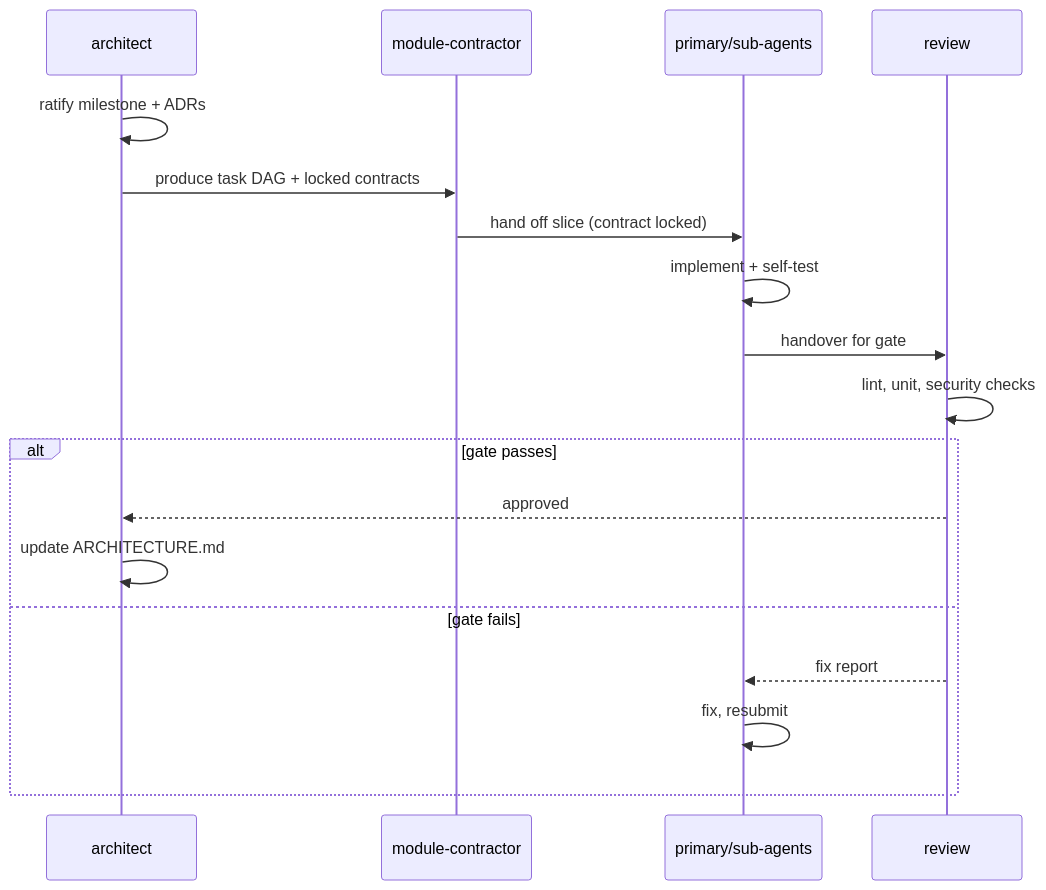
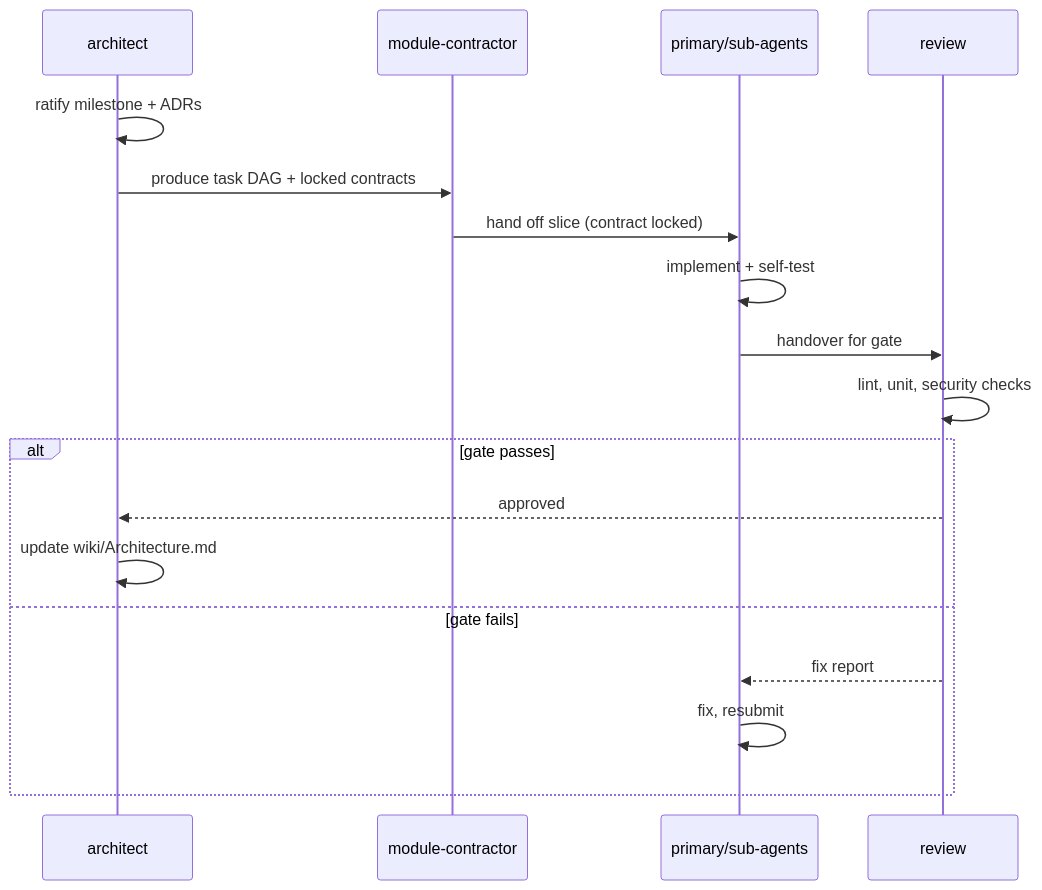
Before and after one commit to HELIX-Origin/LewdZone-Launcher: the third of 3 diagrams in .agents/agents/architect/architect.md, drawn with Mermaid. The commit also changed other lines of this file and 217 other files, not shown here.

````diff
--- a/.agents/agents/architect/architect.md
+++ b/.agents/agents/architect/architect.md
@@ -176,21 +179,21 @@
 ```mermaid
 sequenceDiagram
     participant Arch as architect
     participant Mod as module-contractor
     participant Team as primary/sub-agents
     participant Rev as review
 
     Arch->>Arch: ratify milestone + ADRs
     Arch->>Mod: produce task DAG + locked contracts
     Mod->>Team: hand off slice (contract locked)
     Team->>Team: implement + self-test
     Team->>Rev: handover for gate
     Rev->>Rev: lint, unit, security checks
     alt gate passes
         Rev-->>Arch: approved
-        Arch->>Arch: update ARCHITECTURE.md
+        Arch->>Arch: update wiki/Architecture.md
     else gate fails
         Rev-->>Team: fix report
         Team->>Team: fix, resubmit
     end
 ```
````
